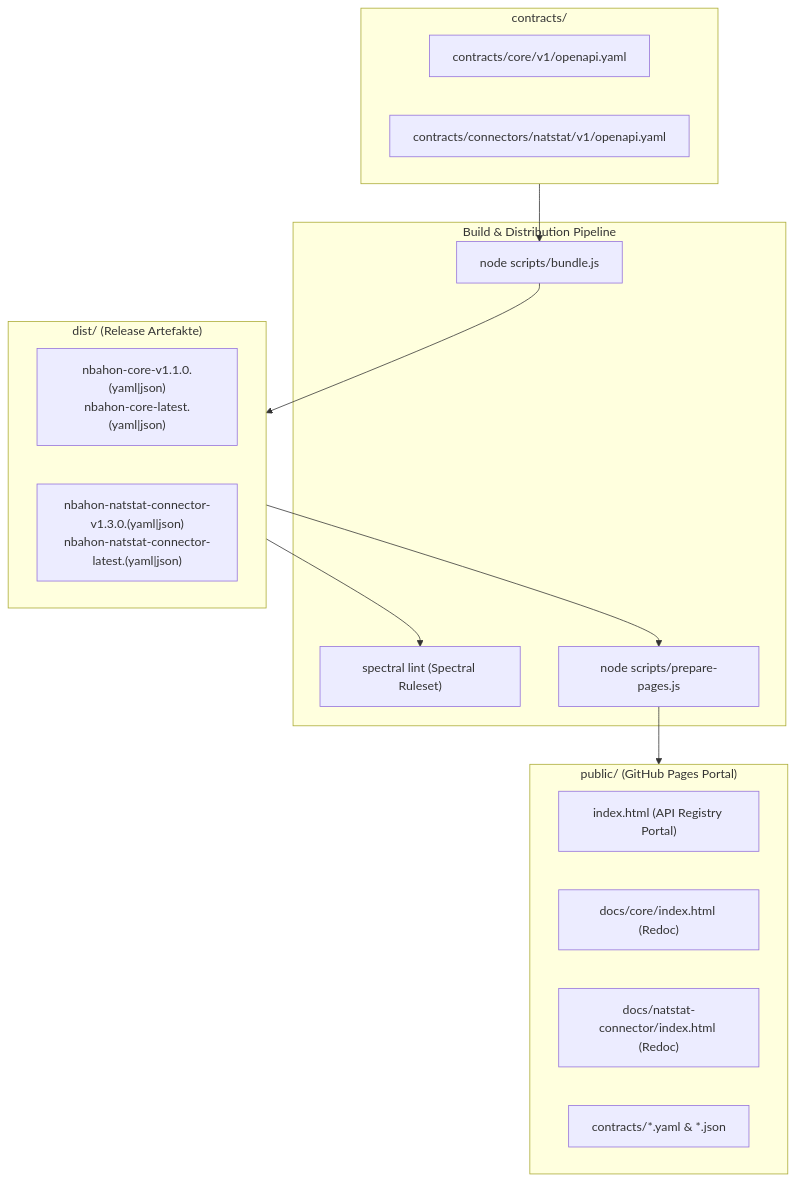
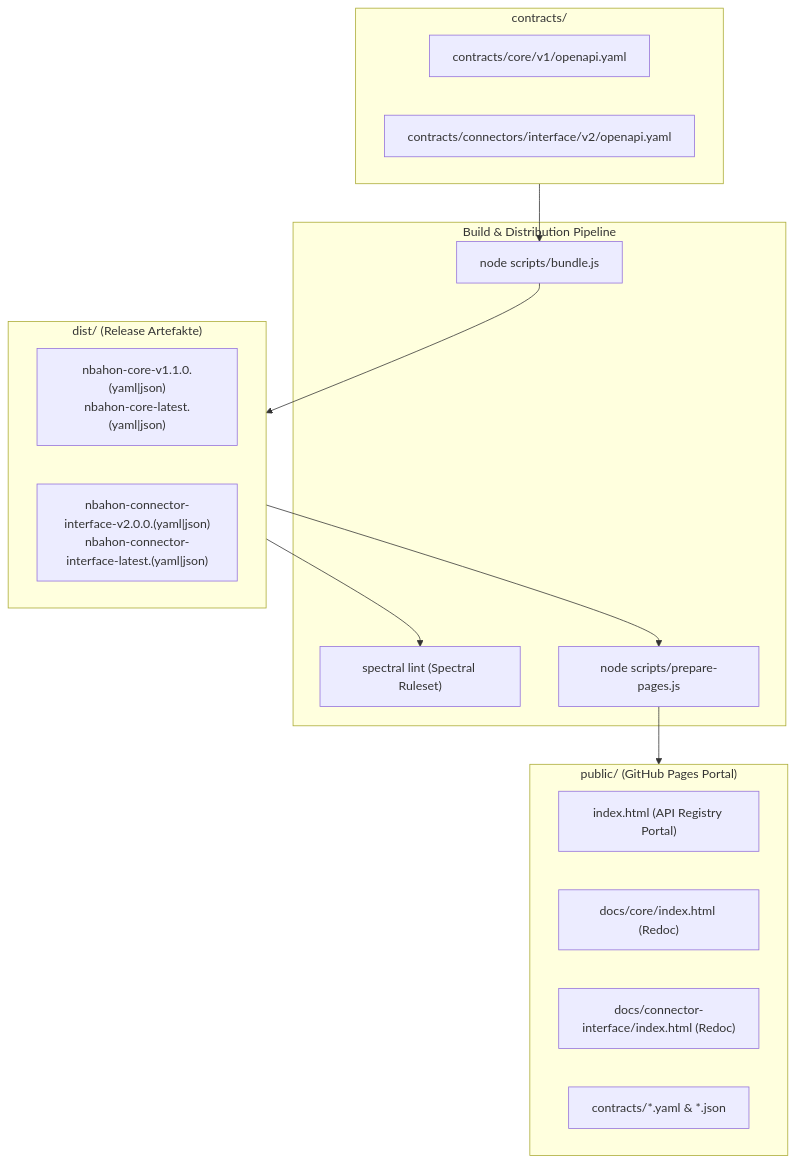
Before and after one commit to Olleritsch/app-nbahon-contracts: the diagram in PROTOKOLL.md, drawn with Mermaid. The commit also changed other lines of this file and 23 other files, not shown here.

Commit message:
feat(connector): introduce universal connector interface v2.0.0 and deprecate provider-specific contracts

````diff
--- a/PROTOKOLL.md
+++ b/PROTOKOLL.md
@@ -65,31 +69,31 @@
 ```mermaid
 flowchart TD
     subgraph Repositories["contracts/"]
         CoreSpec["contracts/core/v1/openapi.yaml"]
-        NatstatSpec["contracts/connectors/natstat/v1/openapi.yaml"]
+        ConnectorSpec["contracts/connectors/interface/v2/openapi.yaml"]
     end
 
     subgraph BuildPipeline["Build & Distribution Pipeline"]
         Bundle["node scripts/bundle.js"]
         Lint["spectral lint (Spectral Ruleset)"]
         PagesPrep["node scripts/prepare-pages.js"]
     end
 
     subgraph DistOutput["dist/ (Release Artefakte)"]
         DistCore["nbahon-core-v1.1.0.(yaml|json)<br/>nbahon-core-latest.(yaml|json)"]
-        DistNat["nbahon-natstat-connector-v1.3.0.(yaml|json)<br/>nbahon-natstat-connector-latest.(yaml|json)"]
+        DistConnector["nbahon-connector-interface-v2.0.0.(yaml|json)<br/>nbahon-connector-interface-latest.(yaml|json)"]
     end
 
     subgraph PagesOutput["public/ (GitHub Pages Portal)"]
         IndexHtml["index.html (API Registry Portal)"]
         DocsCore["docs/core/index.html (Redoc)"]
-        DocsNat["docs/natstat-connector/index.html (Redoc)"]
+        DocsConnector["docs/connector-interface/index.html (Redoc)"]
         ContractsDown["contracts/*.yaml & *.json"]
     end
 
     Repositories --> Bundle
     Bundle --> DistOutput
     DistOutput --> Lint
     DistOutput --> PagesPrep
     PagesPrep --> PagesOutput
 ```
````
